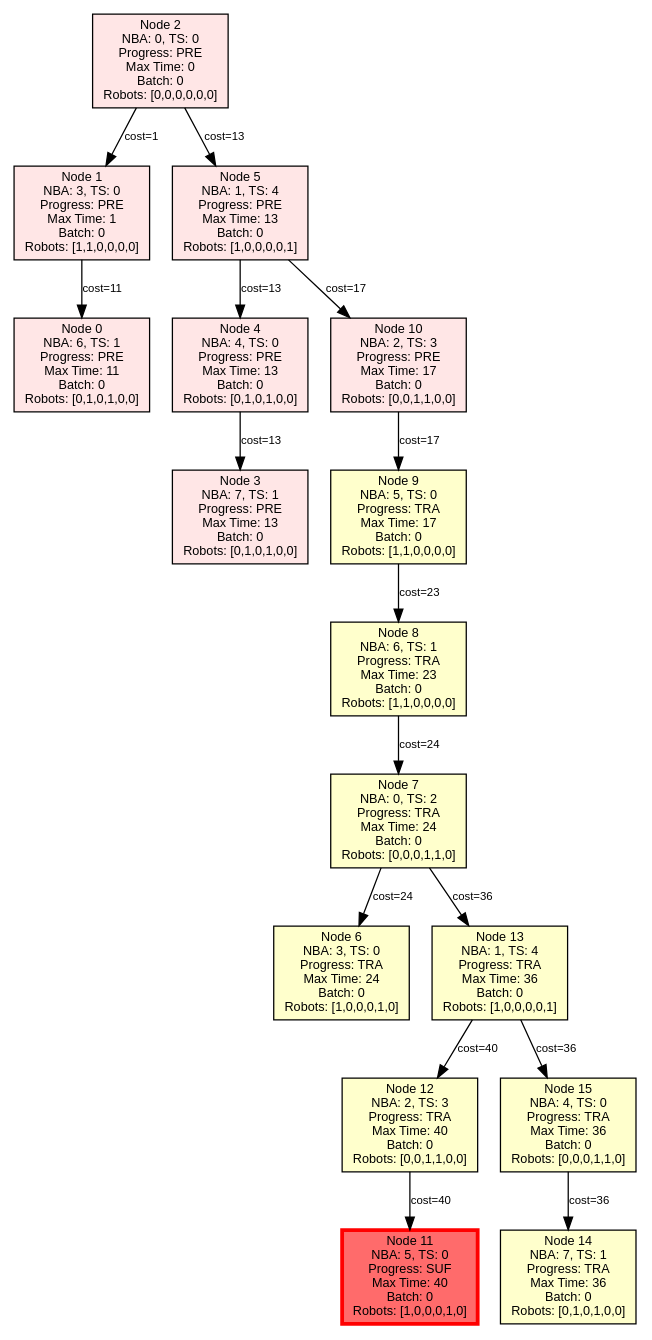
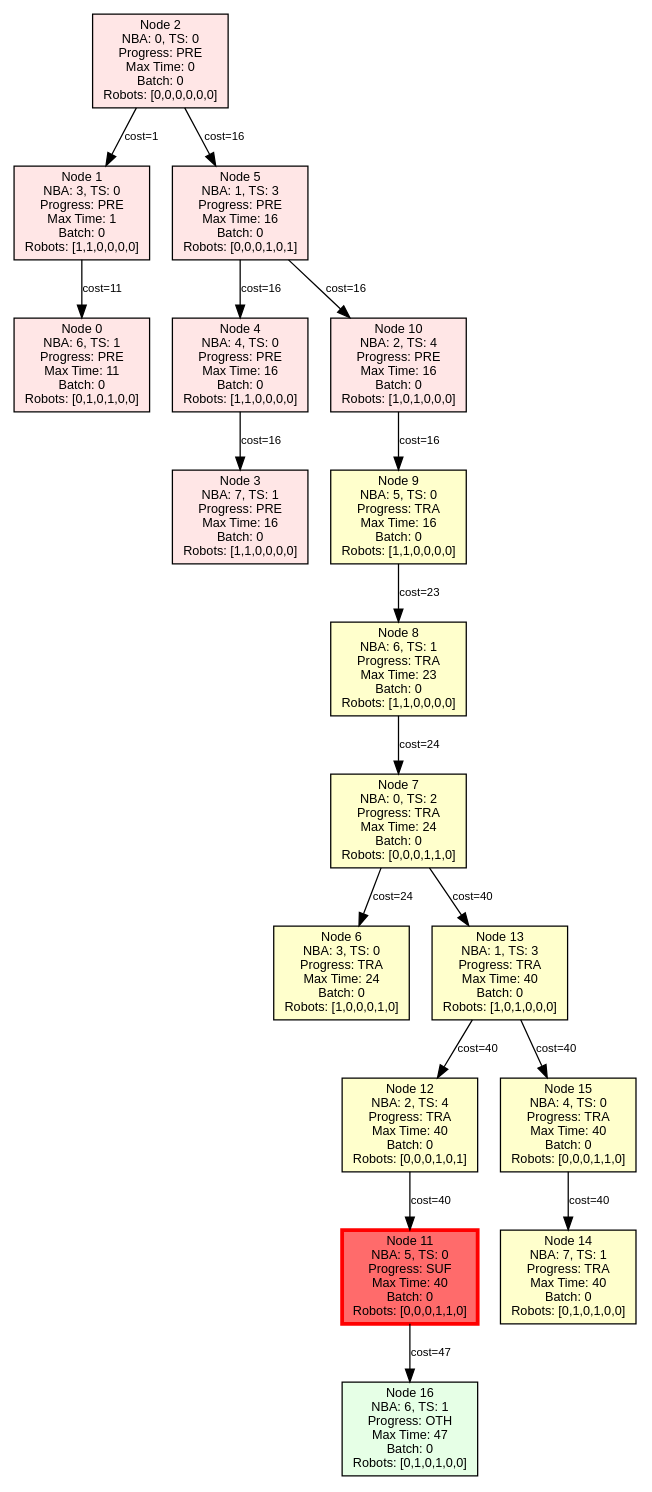
The diagram in Task Batch Planning Decision Tree/output/infinite_test_1_tree.dot (jrourke48/HMRTA_TS_GENERATION), drawn with Graphviz before and after one commit. The commit also changed 16 other files, not shown here.

Commit message:
Changed the first Subtree Pruning rule it was not adding oth nodes to the planning tree before removal. I also add the same rule for TRA nodes for the finite Automatons.

```diff
--- a/Task Batch Planning Decision Tree/output/infinite_test_1_tree.dot
+++ b/Task Batch Planning Decision Tree/output/infinite_test_1_tree.dot
@@ -1,38 +1,40 @@
 digraph PlanningTree {
   rankdir=TB;
   node [shape=box, style=filled, fontname=Arial, fontsize=10];
   edge [fontname=Arial, fontsize=9];
 
   node_0 [label="Node 0\nNBA: 6, TS: 1\nProgress: PRE\nMax Time: 11\nBatch: 0\nRobots: [0,1,0,1,0,0]", fillcolor="#FFE6E6"];
   node_1 [label="Node 1\nNBA: 3, TS: 0\nProgress: PRE\nMax Time: 1\nBatch: 0\nRobots: [1,1,0,0,0,0]", fillcolor="#FFE6E6"];
   node_2 [label="Node 2\nNBA: 0, TS: 0\nProgress: PRE\nMax Time: 0\nBatch: 0\nRobots: [0,0,0,0,0,0]", fillcolor="#FFE6E6"];
-  node_3 [label="Node 3\nNBA: 7, TS: 1\nProgress: PRE\nMax Time: 13\nBatch: 0\nRobots: [0,1,0,1,0,0]", fillcolor="#FFE6E6"];
-  node_4 [label="Node 4\nNBA: 4, TS: 0\nProgress: PRE\nMax Time: 13\nBatch: 0\nRobots: [0,1,0,1,0,0]", fillcolor="#FFE6E6"];
-  node_5 [label="Node 5\nNBA: 1, TS: 4\nProgress: PRE\nMax Time: 13\nBatch: 0\nRobots: [1,0,0,0,0,1]", fillcolor="#FFE6E6"];
+  node_3 [label="Node 3\nNBA: 7, TS: 1\nProgress: PRE\nMax Time: 16\nBatch: 0\nRobots: [1,1,0,0,0,0]", fillcolor="#FFE6E6"];
+  node_4 [label="Node 4\nNBA: 4, TS: 0\nProgress: PRE\nMax Time: 16\nBatch: 0\nRobots: [1,1,0,0,0,0]", fillcolor="#FFE6E6"];
+  node_5 [label="Node 5\nNBA: 1, TS: 3\nProgress: PRE\nMax Time: 16\nBatch: 0\nRobots: [0,0,0,1,0,1]", fillcolor="#FFE6E6"];
   node_6 [label="Node 6\nNBA: 3, TS: 0\nProgress: TRA\nMax Time: 24\nBatch: 0\nRobots: [1,0,0,0,1,0]", fillcolor="#FFFFCC"];
   node_7 [label="Node 7\nNBA: 0, TS: 2\nProgress: TRA\nMax Time: 24\nBatch: 0\nRobots: [0,0,0,1,1,0]", fillcolor="#FFFFCC"];
   node_8 [label="Node 8\nNBA: 6, TS: 1\nProgress: TRA\nMax Time: 23\nBatch: 0\nRobots: [1,1,0,0,0,0]", fillcolor="#FFFFCC"];
-  node_9 [label="Node 9\nNBA: 5, TS: 0\nProgress: TRA\nMax Time: 17\nBatch: 0\nRobots: [1,1,0,0,0,0]", fillcolor="#FFFFCC"];
-  node_10 [label="Node 10\nNBA: 2, TS: 3\nProgress: PRE\nMax Time: 17\nBatch: 0\nRobots: [0,0,1,1,0,0]", fillcolor="#FFE6E6"];
-  node_11 [label="Node 11\nNBA: 5, TS: 0\nProgress: SUF\nMax Time: 40\nBatch: 0\nRobots: [1,0,0,0,1,0]", fillcolor="#FF6B6B", penwidth=3, color=red];
-  node_12 [label="Node 12\nNBA: 2, TS: 3\nProgress: TRA\nMax Time: 40\nBatch: 0\nRobots: [0,0,1,1,0,0]", fillcolor="#FFFFCC"];
-  node_13 [label="Node 13\nNBA: 1, TS: 4\nProgress: TRA\nMax Time: 36\nBatch: 0\nRobots: [1,0,0,0,0,1]", fillcolor="#FFFFCC"];
-  node_14 [label="Node 14\nNBA: 7, TS: 1\nProgress: TRA\nMax Time: 36\nBatch: 0\nRobots: [0,1,0,1,0,0]", fillcolor="#FFFFCC"];
-  node_15 [label="Node 15\nNBA: 4, TS: 0\nProgress: TRA\nMax Time: 36\nBatch: 0\nRobots: [0,0,0,1,1,0]", fillcolor="#FFFFCC"];
+  node_9 [label="Node 9\nNBA: 5, TS: 0\nProgress: TRA\nMax Time: 16\nBatch: 0\nRobots: [1,1,0,0,0,0]", fillcolor="#FFFFCC"];
+  node_10 [label="Node 10\nNBA: 2, TS: 4\nProgress: PRE\nMax Time: 16\nBatch: 0\nRobots: [1,0,1,0,0,0]", fillcolor="#FFE6E6"];
+  node_11 [label="Node 11\nNBA: 5, TS: 0\nProgress: SUF\nMax Time: 40\nBatch: 0\nRobots: [0,0,0,1,1,0]", fillcolor="#FF6B6B", penwidth=3, color=red];
+  node_12 [label="Node 12\nNBA: 2, TS: 4\nProgress: TRA\nMax Time: 40\nBatch: 0\nRobots: [0,0,0,1,0,1]", fillcolor="#FFFFCC"];
+  node_13 [label="Node 13\nNBA: 1, TS: 3\nProgress: TRA\nMax Time: 40\nBatch: 0\nRobots: [1,0,1,0,0,0]", fillcolor="#FFFFCC"];
+  node_14 [label="Node 14\nNBA: 7, TS: 1\nProgress: TRA\nMax Time: 40\nBatch: 0\nRobots: [0,1,0,1,0,0]", fillcolor="#FFFFCC"];
+  node_15 [label="Node 15\nNBA: 4, TS: 0\nProgress: TRA\nMax Time: 40\nBatch: 0\nRobots: [0,0,0,1,1,0]", fillcolor="#FFFFCC"];
+  node_16 [label="Node 16\nNBA: 6, TS: 1\nProgress: OTH\nMax Time: 47\nBatch: 0\nRobots: [0,1,0,1,0,0]", fillcolor="#E6FFE6"];
 
   node_1 -> node_0 [label="cost=11"];
   node_2 -> node_1 [label="cost=1"];
-  node_2 -> node_5 [label="cost=13"];
-  node_4 -> node_3 [label="cost=13"];
-  node_5 -> node_4 [label="cost=13"];
-  node_5 -> node_10 [label="cost=17"];
+  node_2 -> node_5 [label="cost=16"];
+  node_4 -> node_3 [label="cost=16"];
+  node_5 -> node_4 [label="cost=16"];
+  node_5 -> node_10 [label="cost=16"];
   node_7 -> node_6 [label="cost=24"];
-  node_7 -> node_13 [label="cost=36"];
+  node_7 -> node_13 [label="cost=40"];
   node_8 -> node_7 [label="cost=24"];
   node_9 -> node_8 [label="cost=23"];
-  node_10 -> node_9 [label="cost=17"];
+  node_10 -> node_9 [label="cost=16"];
+  node_11 -> node_16 [label="cost=47"];
   node_12 -> node_11 [label="cost=40"];
   node_13 -> node_12 [label="cost=40"];
-  node_13 -> node_15 [label="cost=36"];
-  node_15 -> node_14 [label="cost=36"];
+  node_13 -> node_15 [label="cost=40"];
+  node_15 -> node_14 [label="cost=40"];
 }
```
